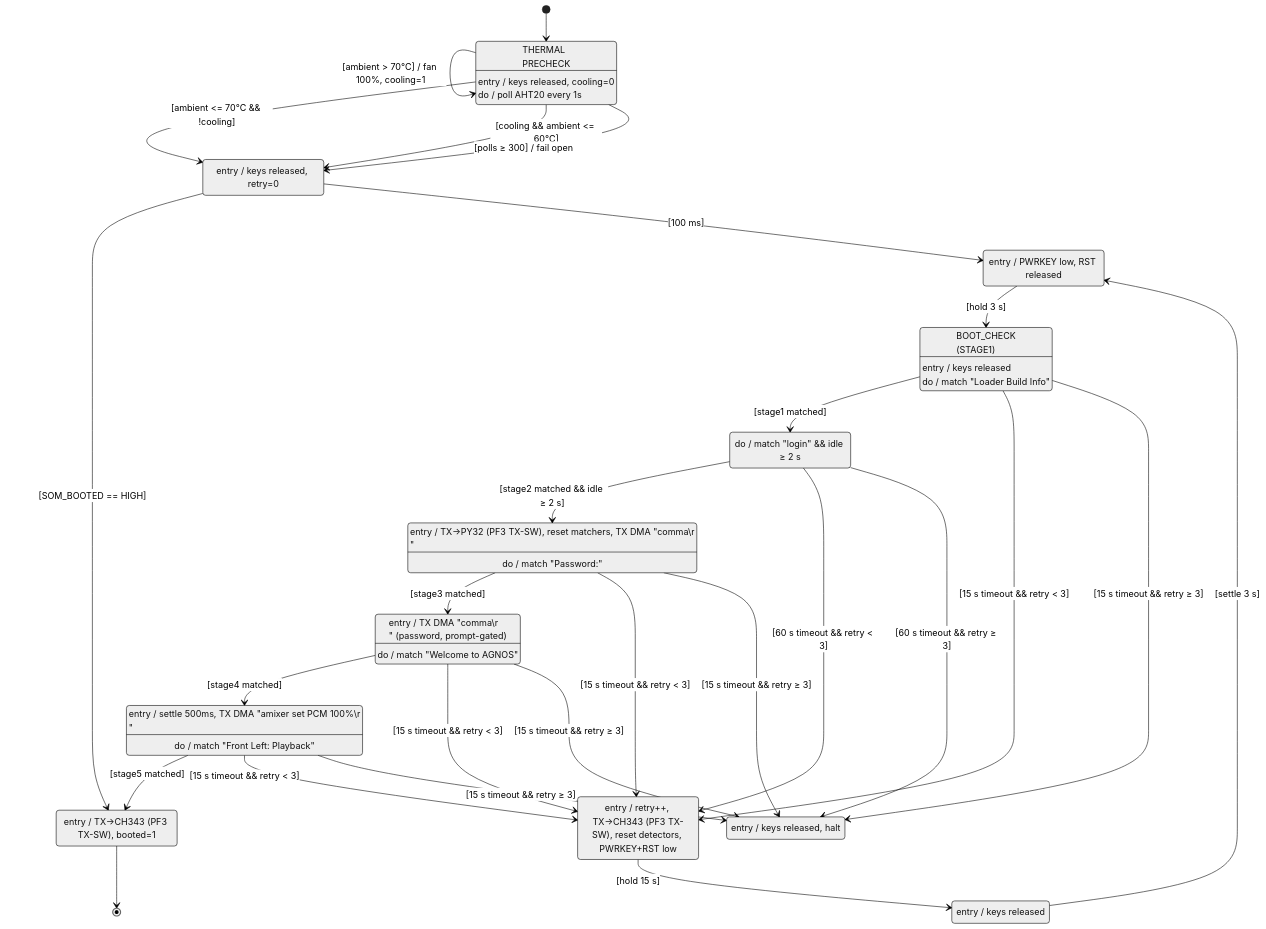
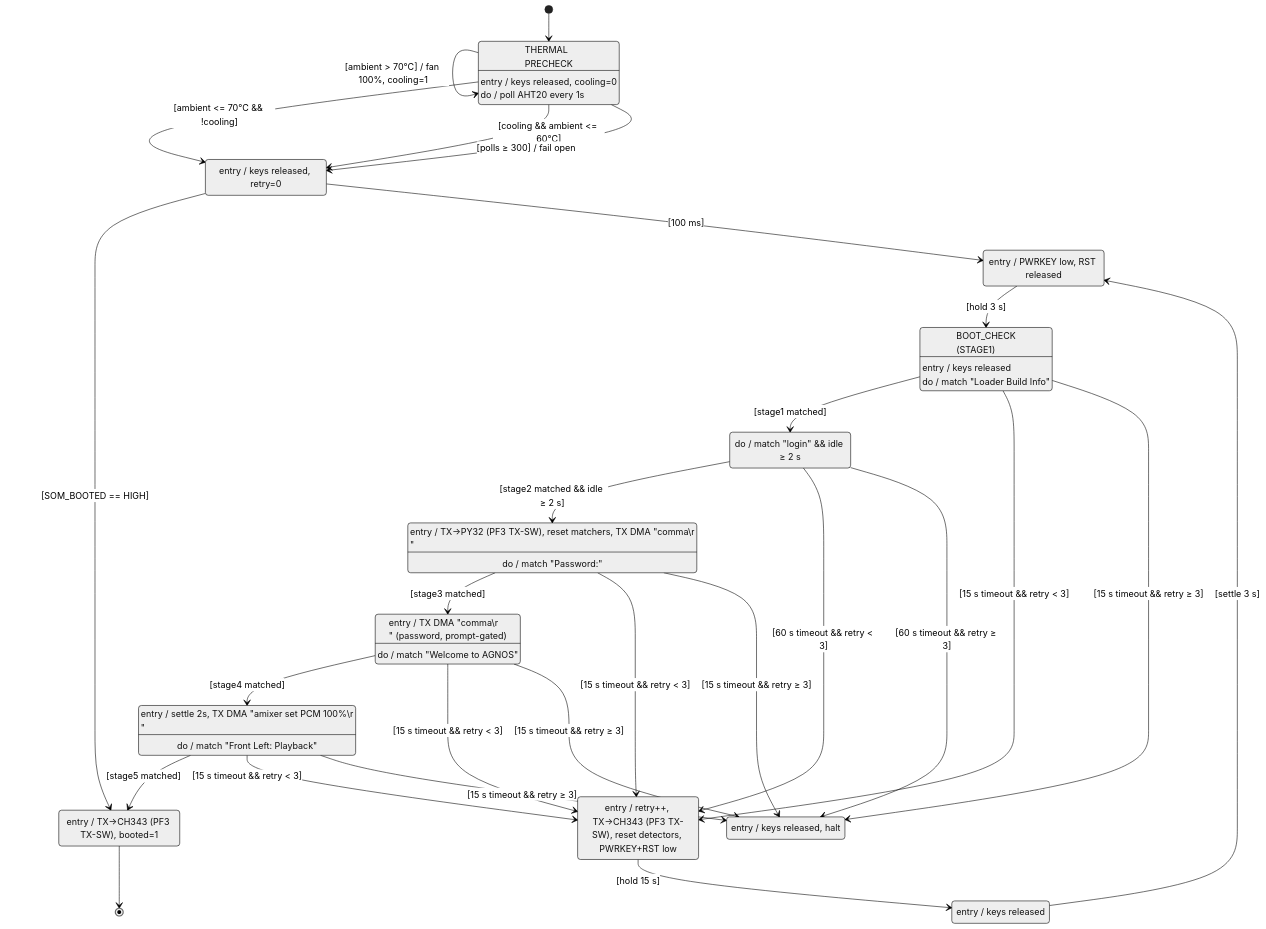
One commit to Vkd4U2NtVkZOVg/py32_control changed diagram 16 of 16 in WORKLOG.md. Above: the diagram before and after it, drawn with Mermaid (neutral theme). The commit also changed other lines of this file and 1 other file, not shown here.

First line of the commit message:
feat(sdm845): stage5 settle 500ms -> 2s before sending amixer

````diff
--- a/WORKLOG.md
+++ b/WORKLOG.md
@@ -1811,62 +1811,62 @@
 ```mermaid
 stateDiagram-v2
     direction TB
 
     [*] --> THERMAL_PRECHECK
 
     state "THERMAL\nPRECHECK" as THERMAL_PRECHECK
     THERMAL_PRECHECK : entry / keys released, cooling=0
     THERMAL_PRECHECK : do / poll AHT20 every 1s
     THERMAL_PRECHECK --> THERMAL_PRECHECK : [ambient > 70°C] / fan 100%, cooling=1
     THERMAL_PRECHECK --> POWER_ON_WAIT : [ambient <= 70°C && !cooling]
     THERMAL_PRECHECK --> POWER_ON_WAIT : [cooling && ambient <= 60°C]
     THERMAL_PRECHECK --> POWER_ON_WAIT : [polls ≥ 300] / fail open
 
     POWER_ON_WAIT : entry / keys released, retry=0
     POWER_ON_WAIT --> BOOT_SUCCESS : [SOM_BOOTED == HIGH]
     POWER_ON_WAIT --> PWR_PRESS : [100 ms]
 
     PWR_PRESS : entry / PWRKEY low, RST released
     PWR_PRESS --> BOOT_CHECK : [hold 3 s]
 
     state "BOOT_CHECK\n(STAGE1)" as BOOT_CHECK
     BOOT_CHECK : entry / keys released
     BOOT_CHECK : do / match "Loader Build Info"
     BOOT_CHECK --> STAGE2_WAIT : [stage1 matched]
     BOOT_CHECK --> BOOT_RESET : [15 s timeout && retry < 3]
     BOOT_CHECK --> STRAP_FAIL : [15 s timeout && retry ≥ 3]
 
     STAGE2_WAIT : do / match "login" && idle ≥ 2 s
     STAGE2_WAIT --> STAGE3_WAIT : [stage2 matched && idle ≥ 2 s]
     STAGE2_WAIT --> BOOT_RESET : [60 s timeout && retry < 3]
     STAGE2_WAIT --> STRAP_FAIL : [60 s timeout && retry ≥ 3]
 
     STAGE3_WAIT : entry / TX→PY32 (PF3 TX-SW), reset matchers, TX DMA "comma\r\n"
     STAGE3_WAIT : do / match "Password:"
     STAGE3_WAIT --> STAGE4_WAIT : [stage3 matched]
     STAGE3_WAIT --> BOOT_RESET : [15 s timeout && retry < 3]
     STAGE3_WAIT --> STRAP_FAIL : [15 s timeout && retry ≥ 3]
 
     STAGE4_WAIT : entry / TX DMA "comma\r\n" (password, prompt-gated)
     STAGE4_WAIT : do / match "Welcome to AGNOS"
     STAGE4_WAIT --> STAGE5_WAIT : [stage4 matched]
     STAGE4_WAIT --> BOOT_RESET : [15 s timeout && retry < 3]
     STAGE4_WAIT --> STRAP_FAIL : [15 s timeout && retry ≥ 3]
 
-    STAGE5_WAIT : entry / settle 500ms, TX DMA "amixer set PCM 100%\r\n"
+    STAGE5_WAIT : entry / settle 2s, TX DMA "amixer set PCM 100%\r\n"
     STAGE5_WAIT : do / match "Front Left: Playback"
     STAGE5_WAIT --> BOOT_SUCCESS : [stage5 matched]
     STAGE5_WAIT --> BOOT_RESET : [15 s timeout && retry < 3]
     STAGE5_WAIT --> STRAP_FAIL : [15 s timeout && retry ≥ 3]
 
     BOOT_SUCCESS : entry / TX→CH343 (PF3 TX-SW), booted=1
     BOOT_SUCCESS --> [*]
 
     BOOT_RESET : entry / retry++, TX→CH343 (PF3 TX-SW), reset detectors, PWRKEY+RST low
     BOOT_RESET --> PMIC_SETTLE : [hold 15 s]
 
     PMIC_SETTLE : entry / keys released
     PMIC_SETTLE --> PWR_PRESS : [settle 3 s]
 
     STRAP_FAIL : entry / keys released, halt
 ```
````
